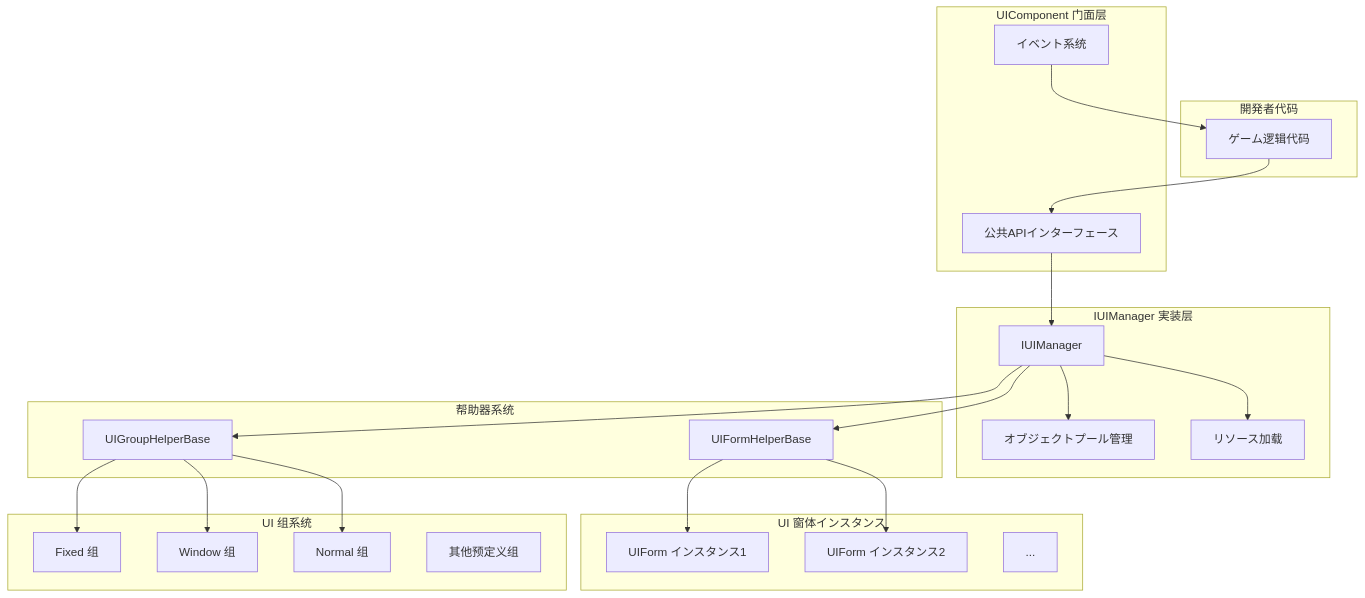
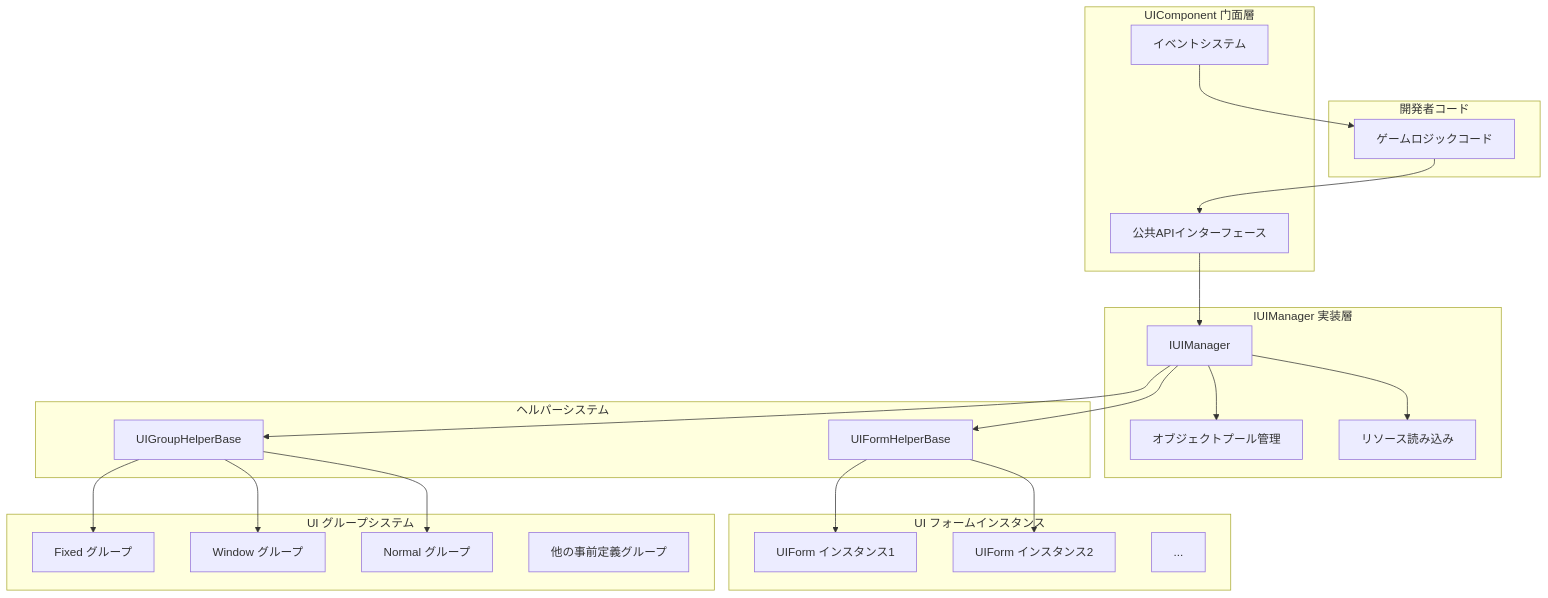
One commit to AlianBlank/GameFrameX.Docs changed the first of 4 diagrams in docs/ja/client/unity/component/ui/04.ui-component.md. Above: the diagram before and after it, drawn with Mermaid. The commit also changed other lines of this file and 320 other files, not shown here.

````diff
--- a/docs/ja/client/unity/component/ui/04.ui-component.md
+++ b/docs/ja/client/unity/component/ui/04.ui-component.md
@@ -25,48 +25,48 @@
 ```mermaid
 graph TD
-    subgraph 開発者代码
-        GameLogic["ゲーム逻辑代码"]
+    subgraph 開発者コード
+        GameLogic["ゲームロジックコード"]
     end
 
-    subgraph UIComponent["UIComponent 门面层"]
+    subgraph UIComponent["UIComponent 门面層"]
         API["公共APIインターフェース"]
-        Events["イベント系统"]
+        Events["イベントシステム"]
     end
 
-    subgraph 内部実装["IUIManager 実装层"]
+    subgraph 内部実装["IUIManager 実装層"]
         Manager["IUIManager"]
         ObjectPool["オブジェクトプール管理"]
-        AssetLoader["リソース加载"]
+        AssetLoader["リソース読み込み"]
     end
 
-    subgraph 帮助器层["帮助器系统"]
+    subgraph ヘルパー層["ヘルパーシステム"]
         FormHelper["UIFormHelperBase"]
         GroupHelper["UIGroupHelperBase"]
     end
 
-    subgraph UI窗体["UI 窗体インスタンス"]
+    subgraph UIフォーム["UI フォームインスタンス"]
         Form1["UIForm インスタンス1"]
         Form2["UIForm インスタンス2"]
         FormN["..."]
     end
 
-    subgraph UI组["UI 组系统"]
-        Group1["Fixed 组"]
-        Group2["Window 组"]
-        Group3["Normal 组"]
-        GroupN["其他预定义组"]
+    subgraph UIグループ["UI グループシステム"]
+        Group1["Fixed グループ"]
+        Group2["Window グループ"]
+        Group3["Normal グループ"]
+        GroupN["他の事前定義グループ"]
     end
 
     GameLogic --> API
     API --> Manager
     Events --> GameLogic
     Manager --> ObjectPool
     Manager --> AssetLoader
     Manager --> FormHelper
     Manager --> GroupHelper
     FormHelper --> Form1
     FormHelper --> Form2
     GroupHelper --> Group1
     GroupHelper --> Group2
     GroupHelper --> Group3
 ```
````
